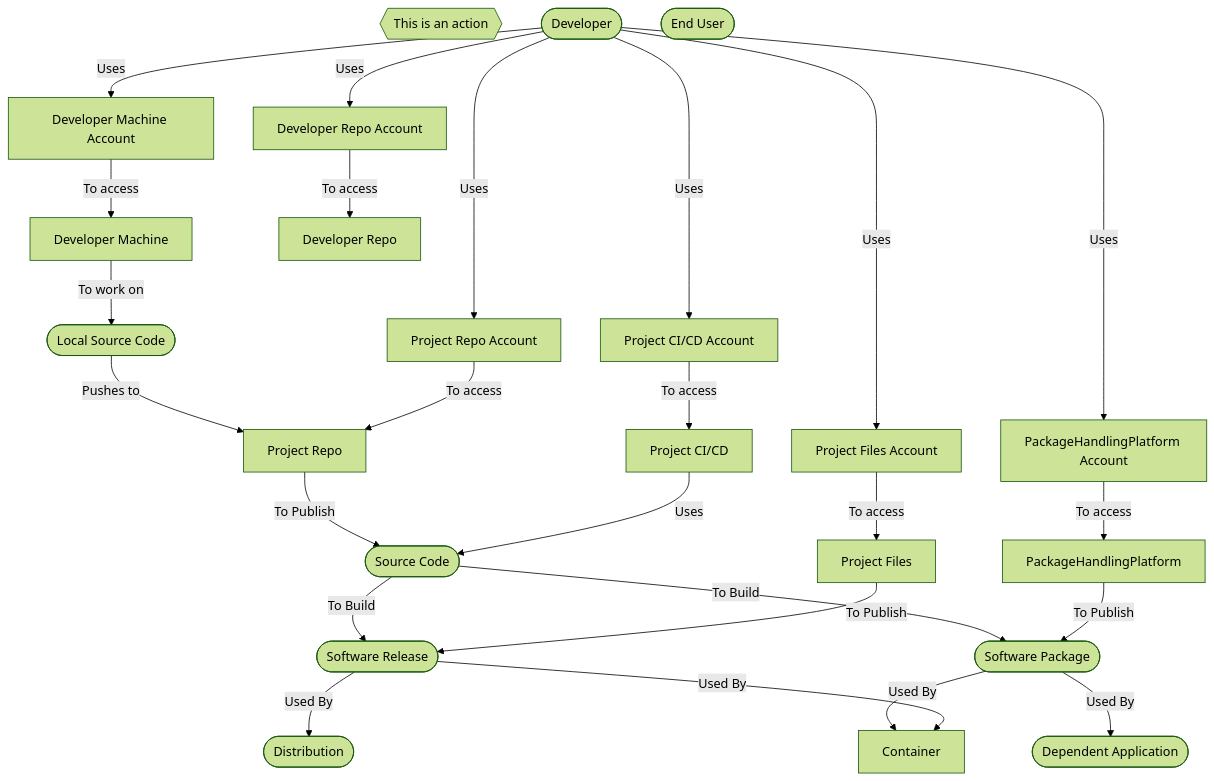
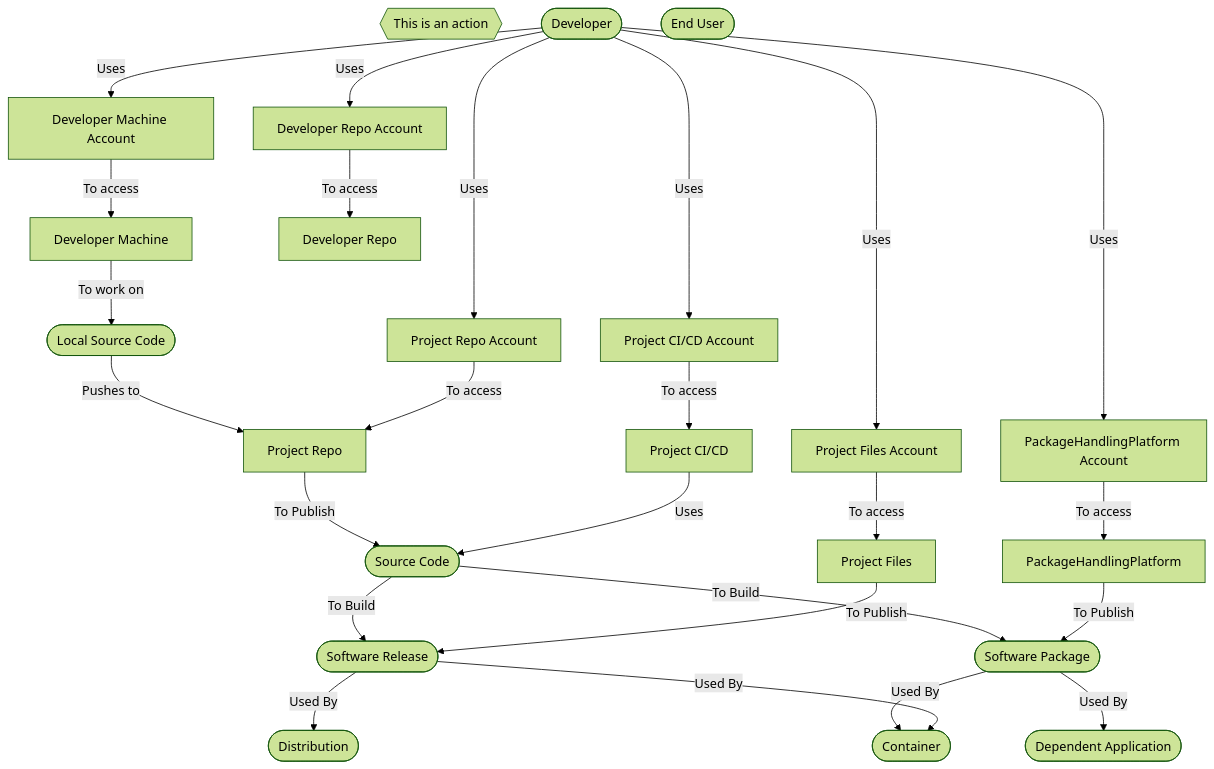
The diagram in models/opensource/basic-workflow.md (MrMoshkovitz/threat-modelling), drawn with Mermaid (forest theme) before and after one commit.

Commit message:
Added items

````diff
--- a/models/opensource/basic-workflow.md
+++ b/models/opensource/basic-workflow.md
@@ -1,48 +1,49 @@
 ```mermaid
 flowchart TD
 
   This_is_an_action{{This is an action}}
   
   %% People and outcomes
   Developer([Developer])
   EndUser([End User])
   LocalSourceCode([Local Source Code])
   SourceCode([Source Code])
   SoftwareRelease([Software Release])
   SoftwarePackage([Software Package])
   DependentApp([Dependent Application])
   Distribution([Distribution])
+  Container([Container])
   
 
   %% Components
   DevMachine[Developer Machine]
   DevMachineAccount[Developer Machine Account]
   
   DevRepo[Developer Repo]
   DevRepoAccount[Developer Repo Account]
   
   ProjectRepo[Project Repo]
   ProjectRepoAccount[Project Repo Account]
   
   ProjectCICD[Project CI/CD]
   ProjectCICDAccount[Project CI/CD Account]
   
   ProjectFiles[Project Files]
   ProjectFilesAccount[Project Files Account]
   
   PackageHandlingPlatform[PackageHandlingPlatform]
   PackageHandlingPlatformAccount[PackageHandlingPlatform Account]
   
   %% Landscape
   
   Developer-- Uses -->DevMachineAccount-- To access -->DevMachine-- To work on-->LocalSourceCode-- Pushes to -->ProjectRepo
   Developer-- Uses -->DevRepoAccount-- To access -->DevRepo
   Developer-- Uses -->ProjectRepoAccount-- To access -->ProjectRepo-- To Publish -->SourceCode
   Developer-- Uses -->ProjectCICDAccount-- To access -->ProjectCICD-- Uses -->SourceCode-- To Build -->SoftwareRelease & SoftwarePackage
   Developer-- Uses -->ProjectFilesAccount-- To access -->ProjectFiles-- To Publish -->SoftwareRelease
   Developer-- Uses -->PackageHandlingPlatformAccount-- To access -->PackageHandlingPlatform-- To Publish -->SoftwarePackage
   SoftwarePackage-- Used By -->DependentApp
   SoftwareRelease-- Used By -->Distribution
   SoftwarePackage & SoftwareRelease-- Used By -->Container
   
 ```
````
